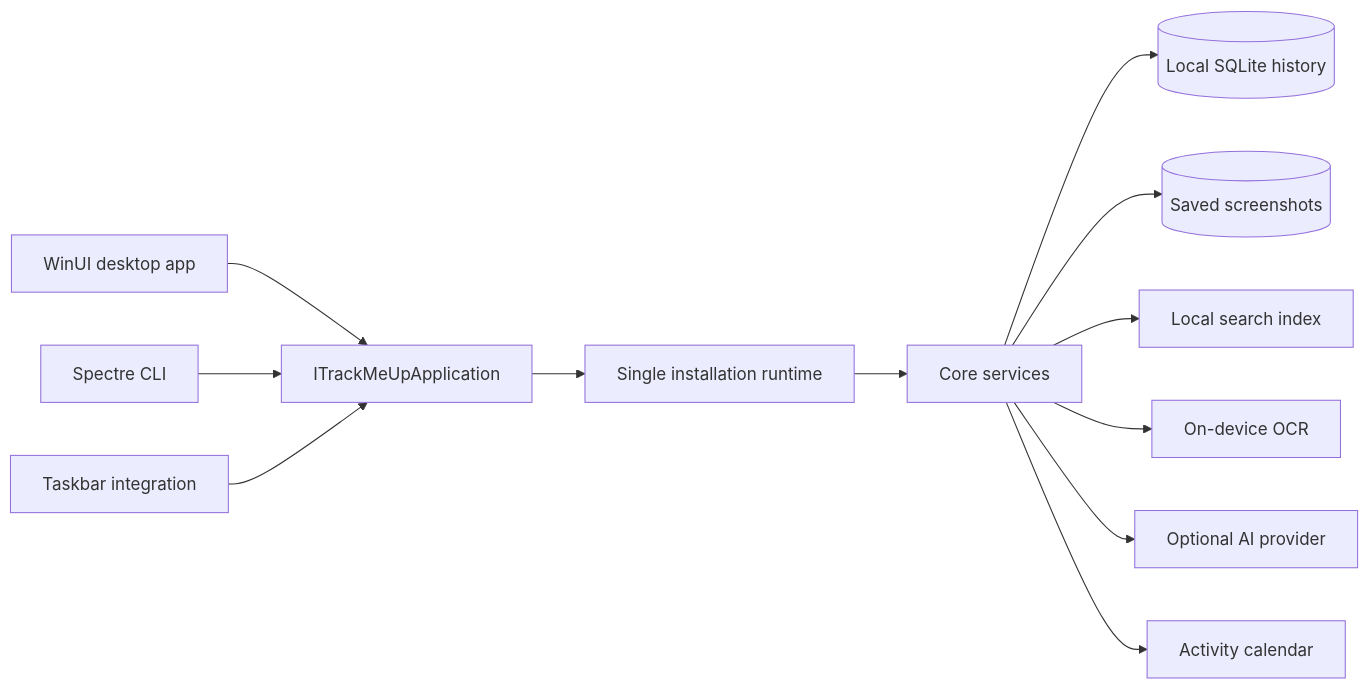
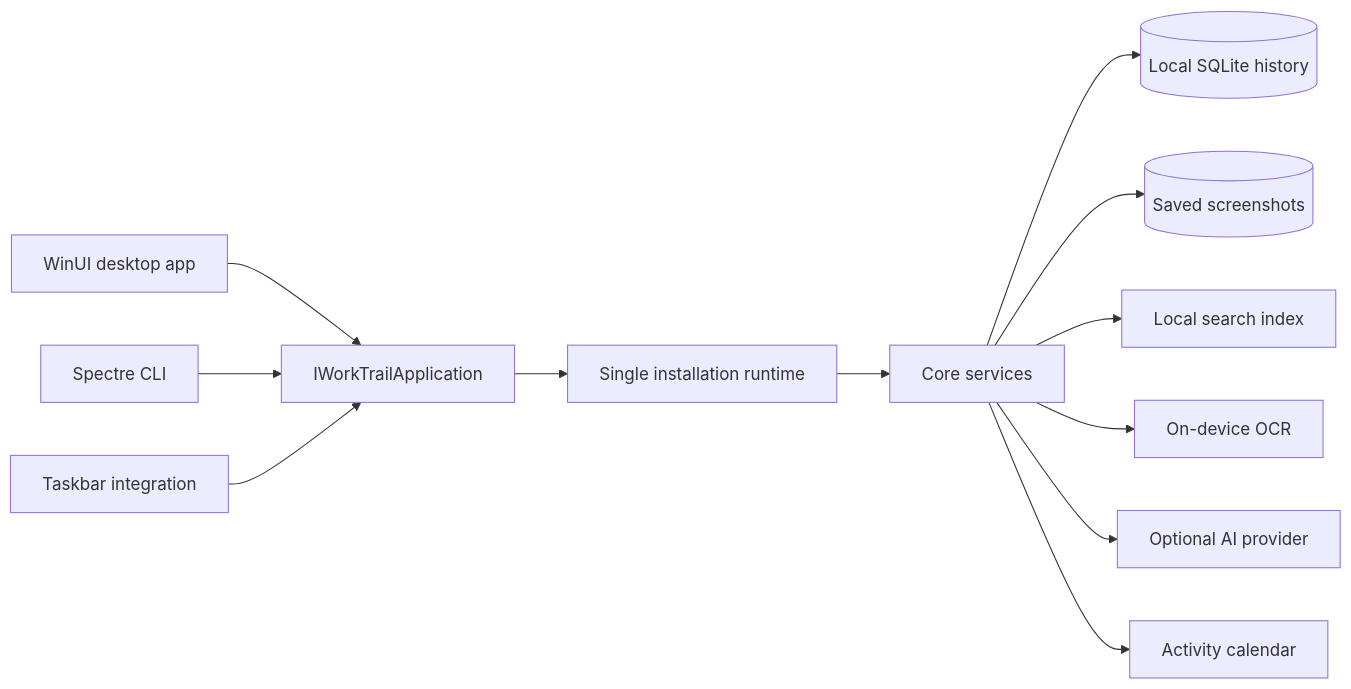
One commit to umbertotechnopreneur/TrackMeUp changed the diagram in docs/ARCHITECTURE.md. Above: the diagram before and after it, drawn with Mermaid. The commit also changed other lines of this file and 1602 other files, not shown here.

````diff
--- a/docs/ARCHITECTURE.md
+++ b/docs/ARCHITECTURE.md
@@ -13,14 +13,14 @@
 ```mermaid
 flowchart LR
-    WinUI[WinUI desktop app] --> Facade[ITrackMeUpApplication]
+    WinUI[WinUI desktop app] --> Facade[IWorkTrailApplication]
     CLI[Spectre CLI] --> Facade
     Taskbar[Taskbar integration] --> Facade
     Facade --> Runtime[Single installation runtime]
     Runtime --> Services[Core services]
     Services --> SQLite[(Local SQLite history)]
     Services --> Captures[(Saved screenshots)]
     Services --> Search[Local search index]
     Services --> OCR[On-device OCR]
     Services --> Provider[Optional AI provider]
     Services --> Calendar[Activity calendar]
 ```
````
